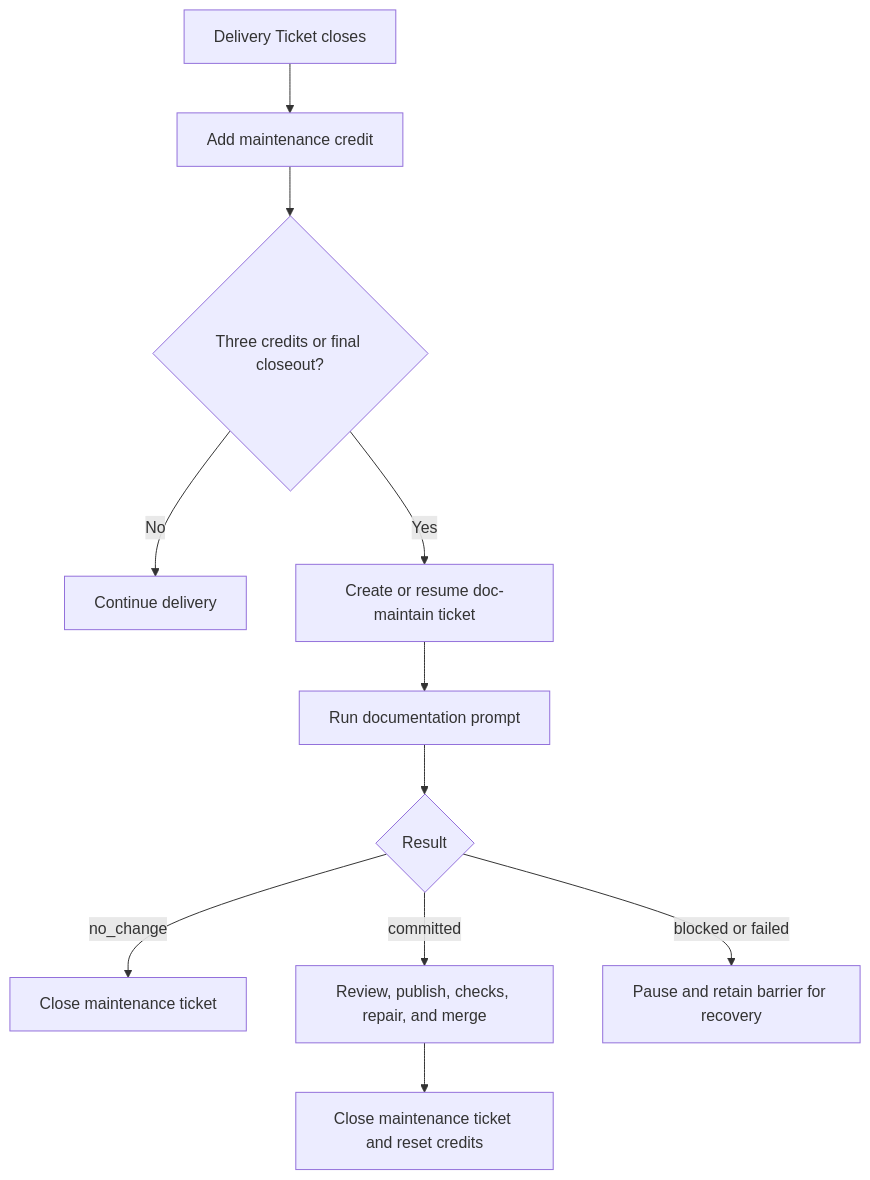
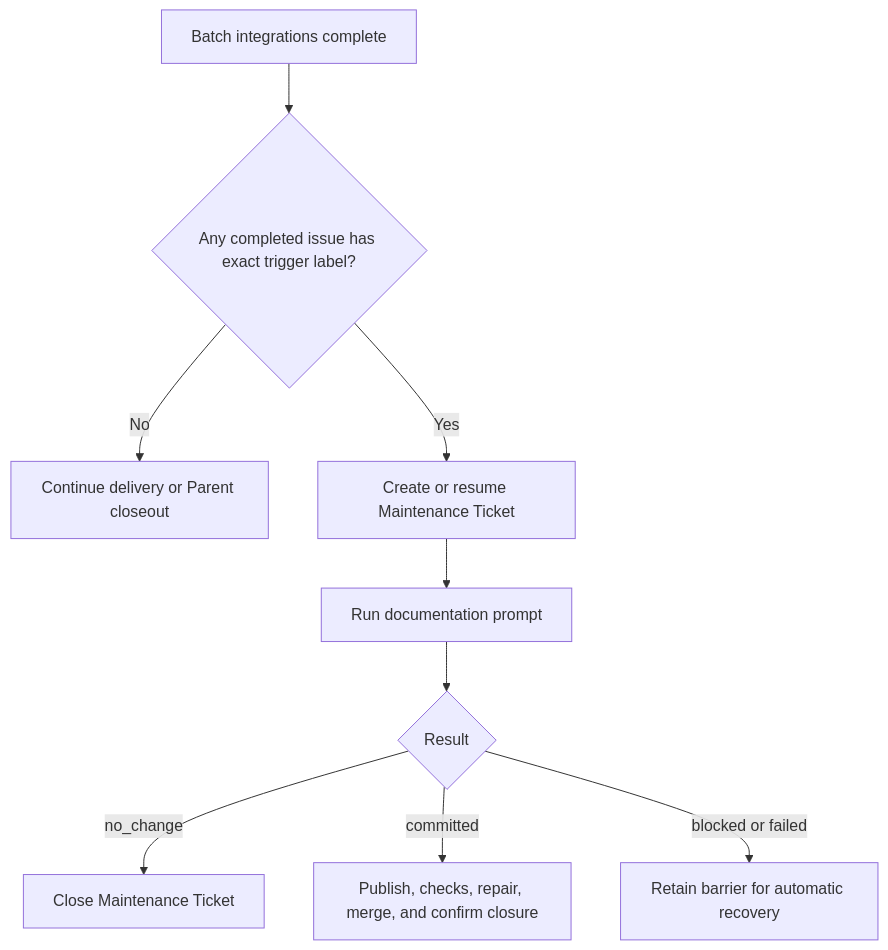
One commit to BuddyLabsCo/sandcastle-runner changed the first of 2 diagrams in projects/README.md. Above: the diagram before and after it, drawn with Mermaid. The commit also changed other lines of this file and 31 other files, not shown here.

First line of the commit message:
feat: [issue-164] trigger documentation maintenance by label (#167)

````diff
--- a/projects/README.md
+++ b/projects/README.md
@@ -62,13 +64,11 @@
 ```mermaid
 flowchart TD
-    A[Delivery Ticket closes] --> B[Add maintenance credit]
-    B --> C{Three credits or final closeout?}
-    C -- No --> D[Continue delivery]
-    C -- Yes --> E[Create or resume doc-maintain ticket]
-    E --> F[Run documentation prompt]
-    F --> G{Result}
-    G -- no_change --> H[Close maintenance ticket]
-    G -- committed --> I[Review, publish, checks, repair, and merge]
-    I --> J[Close maintenance ticket and reset credits]
-    G -- blocked or failed --> K[Pause and retain barrier for recovery]
+    A[Batch integrations complete] --> B{Any completed issue has exact trigger label?}
+    B -- No --> C[Continue delivery or Parent closeout]
+    B -- Yes --> D[Create or resume Maintenance Ticket]
+    D --> E[Run documentation prompt]
+    E --> F{Result}
+    F -- no_change --> G[Close Maintenance Ticket]
+    F -- committed --> H[Publish, checks, repair, merge, and confirm closure]
+    F -- blocked or failed --> I[Retain barrier for automatic recovery]
 ```
````
